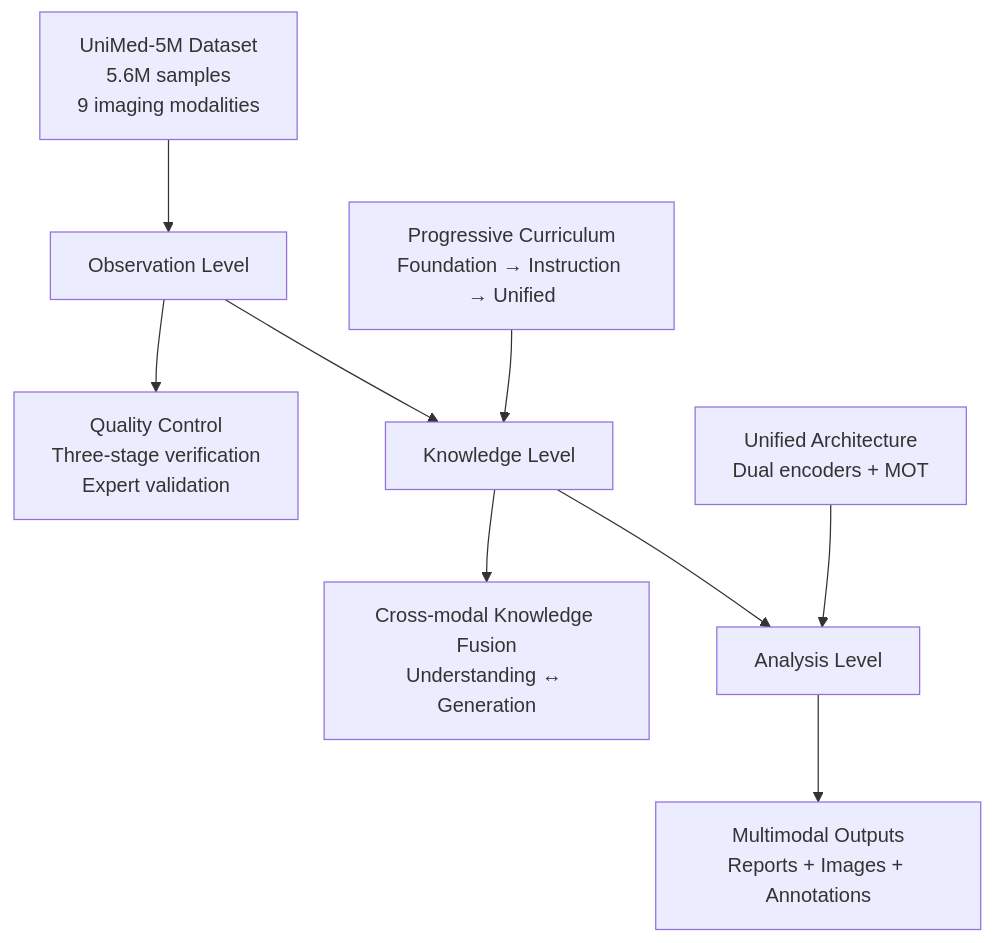
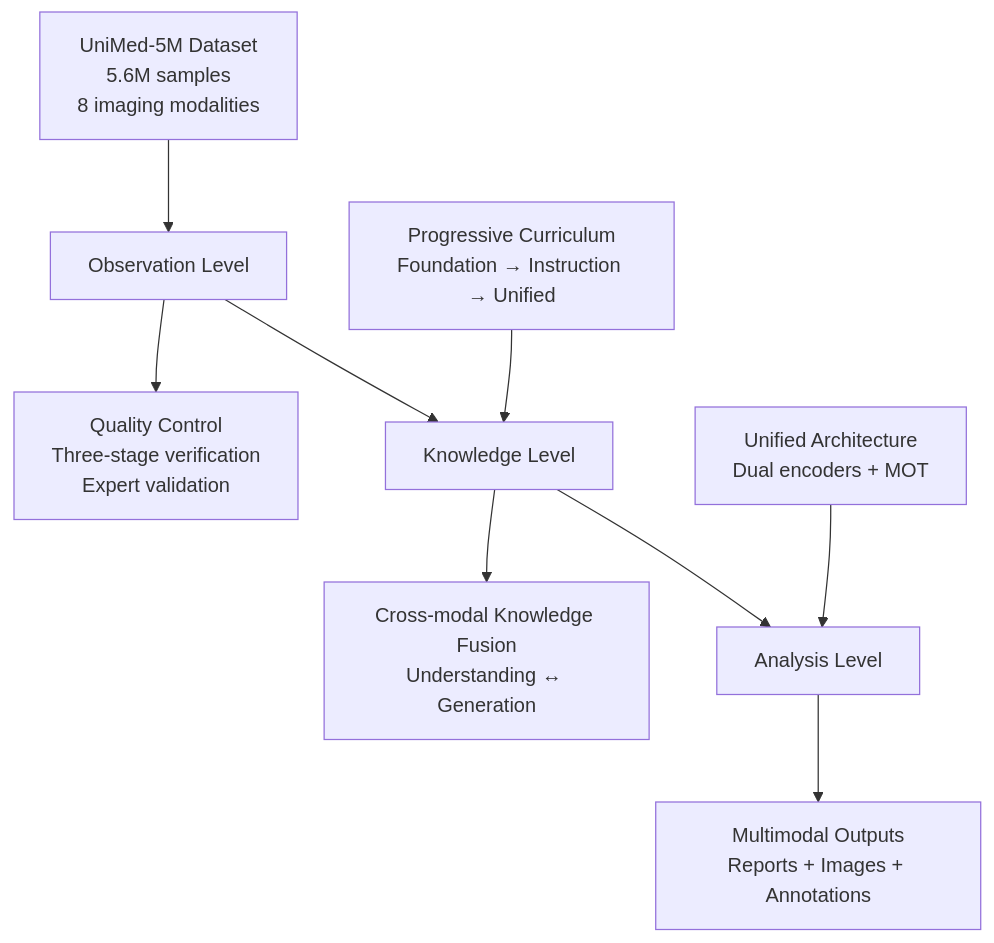
The diagram in README.md (uni-medical/UniMedVL), drawn with Mermaid before and after one commit.

````diff
--- a/README.md
+++ b/README.md
@@ -46,13 +46,13 @@
 ```mermaid
 flowchart TD
     A[Observation Level] --> B[Knowledge Level] --> C[Analysis Level]
 
-    A1[UniMed-5M Dataset<br/>5.6M samples<br/>9 imaging modalities] --> A
+    A1[UniMed-5M Dataset<br/>5.6M samples<br/>8 imaging modalities] --> A
     A --> A2[Quality Control<br/>Three-stage verification<br/>Expert validation]
 
     B1[Progressive Curriculum<br/>Foundation → Instruction → Unified] --> B
     B --> B2[Cross-modal Knowledge Fusion<br/>Understanding ↔ Generation]
 
     C1[Unified Architecture<br/>Dual encoders + MOT] --> C
     C --> C2[Multimodal Outputs<br/>Reports + Images + Annotations]
 ```
````
